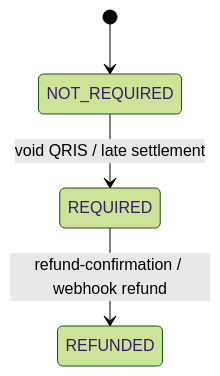
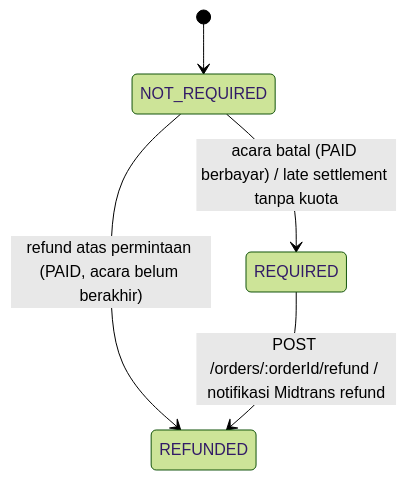
Before and after one commit to gadicandra/PassGo: the third of 4 diagrams in docs/api-contract.md, drawn with Mermaid (forest theme). The commit also changed other lines of this file and 4 other files, not shown here.

````diff
--- a/docs/api-contract.md
+++ b/docs/api-contract.md
@@ -1144,6 +1283,7 @@
 ```mermaid
 stateDiagram-v2
   [*] --> NOT_REQUIRED
-  NOT_REQUIRED --> REQUIRED: void QRIS / late settlement
-  REQUIRED --> REFUNDED: refund-confirmation / webhook refund
+  NOT_REQUIRED --> REQUIRED: acara batal (PAID berbayar) / late settlement tanpa kuota
+  NOT_REQUIRED --> REFUNDED: refund atas permintaan (PAID, acara belum berakhir)
+  REQUIRED --> REFUNDED: POST /orders/:orderId/refund / notifikasi Midtrans refund
 ```
````
